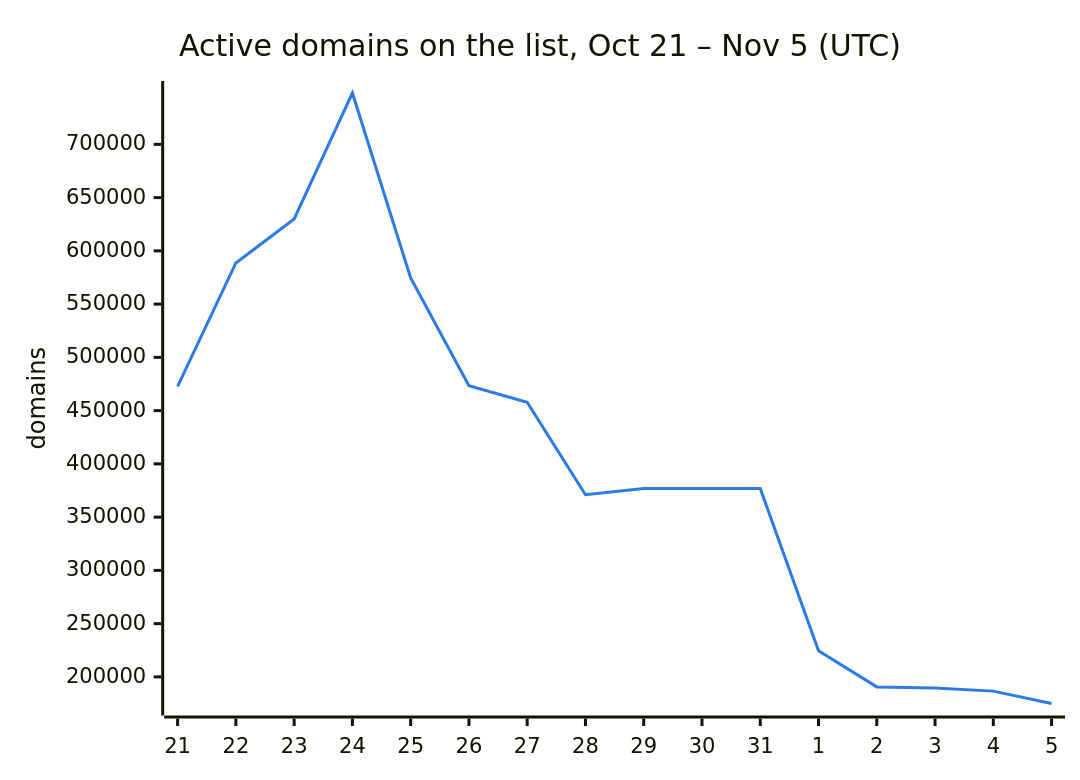
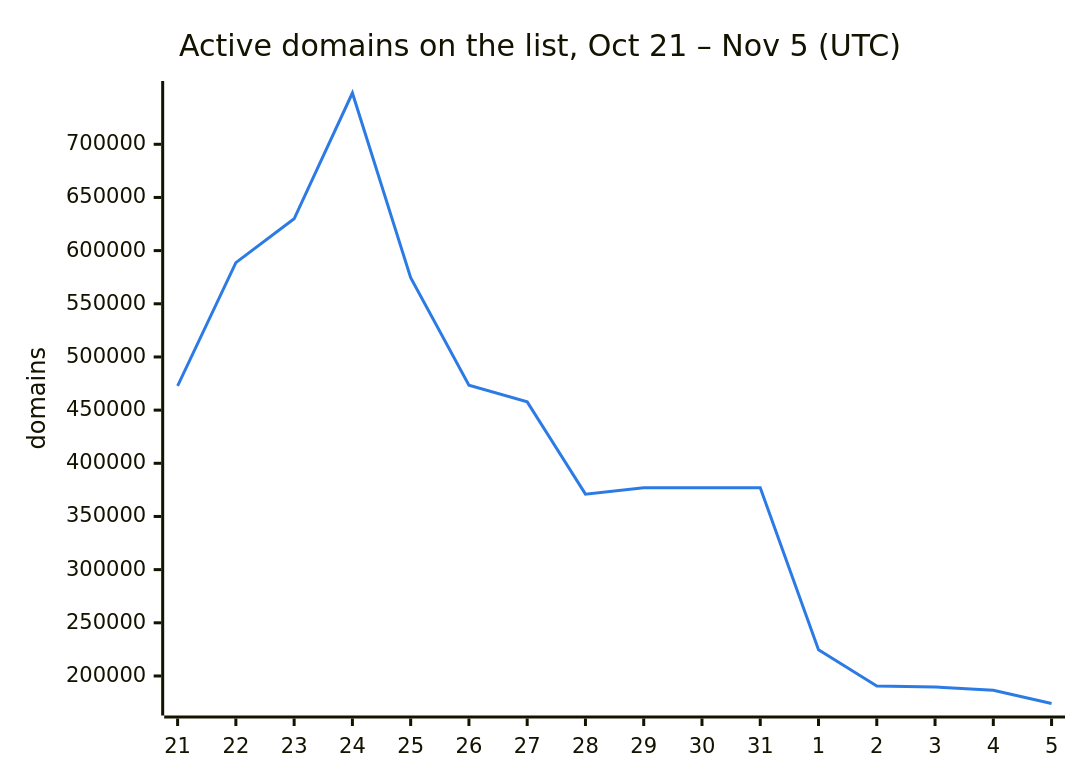
One commit to DNSBunker/CTI changed the second of 3 diagrams in README.md. Above: the diagram before and after it, drawn with Mermaid. The commit also changed other lines of this file and 3 other files, not shown here.

````diff
--- a/README.md
+++ b/README.md
@@ -38,8 +38,8 @@
 ```mermaid
 %%{init: {"themeVariables": {"xyChart": {"plotColorPalette": "#2c7be5"}}}}%%
 xychart-beta
     title "Active domains on the list, Oct 21 – Nov 5 (UTC)"
     x-axis ["21", "22", "23", "24", "25", "26", "27", "28", "29", "30", "31", "1", "2", "3", "4", "5"]
     y-axis "domains"
-    line [472713, 588659, 629951, 748222, 574614, 473331, 457795, 371010, 376945, 376945, 376945, 224607, 190603, 189609, 186630, 175011]
+    line [472713, 588659, 629951, 748222, 574614, 473331, 457795, 371010, 376945, 376945, 376945, 224607, 190603, 189609, 186630, 174113]
 ```
````
